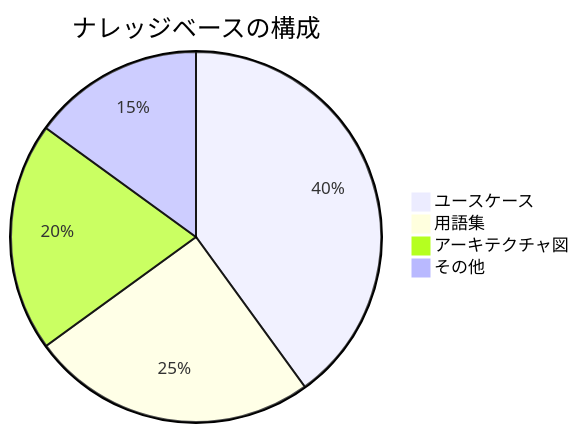
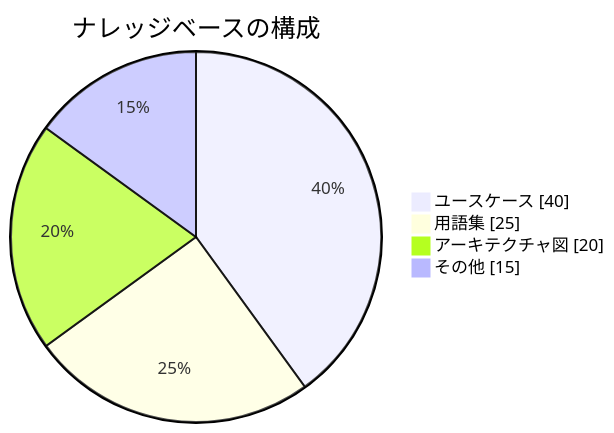
One commit to daidaiiro-519/has-udd changed the fourth of 5 diagrams in .claude/skills/mermaid-guide/references/pattern-pie.md. Above: the diagram before and after it, drawn with Mermaid. The commit also changed other lines of this file and 26 other files, not shown here.

````diff
--- a/.claude/skills/mermaid-guide/references/pattern-pie.md
+++ b/.claude/skills/mermaid-guide/references/pattern-pie.md
@@ -47,7 +91,7 @@
 ```mermaid
-pie title ナレッジベースの構成
+pie showData title ナレッジベースの構成
     "ユースケース" : 40
     "用語集" : 25
     "アーキテクチャ図" : 20
     "その他" : 15
 ```
````
